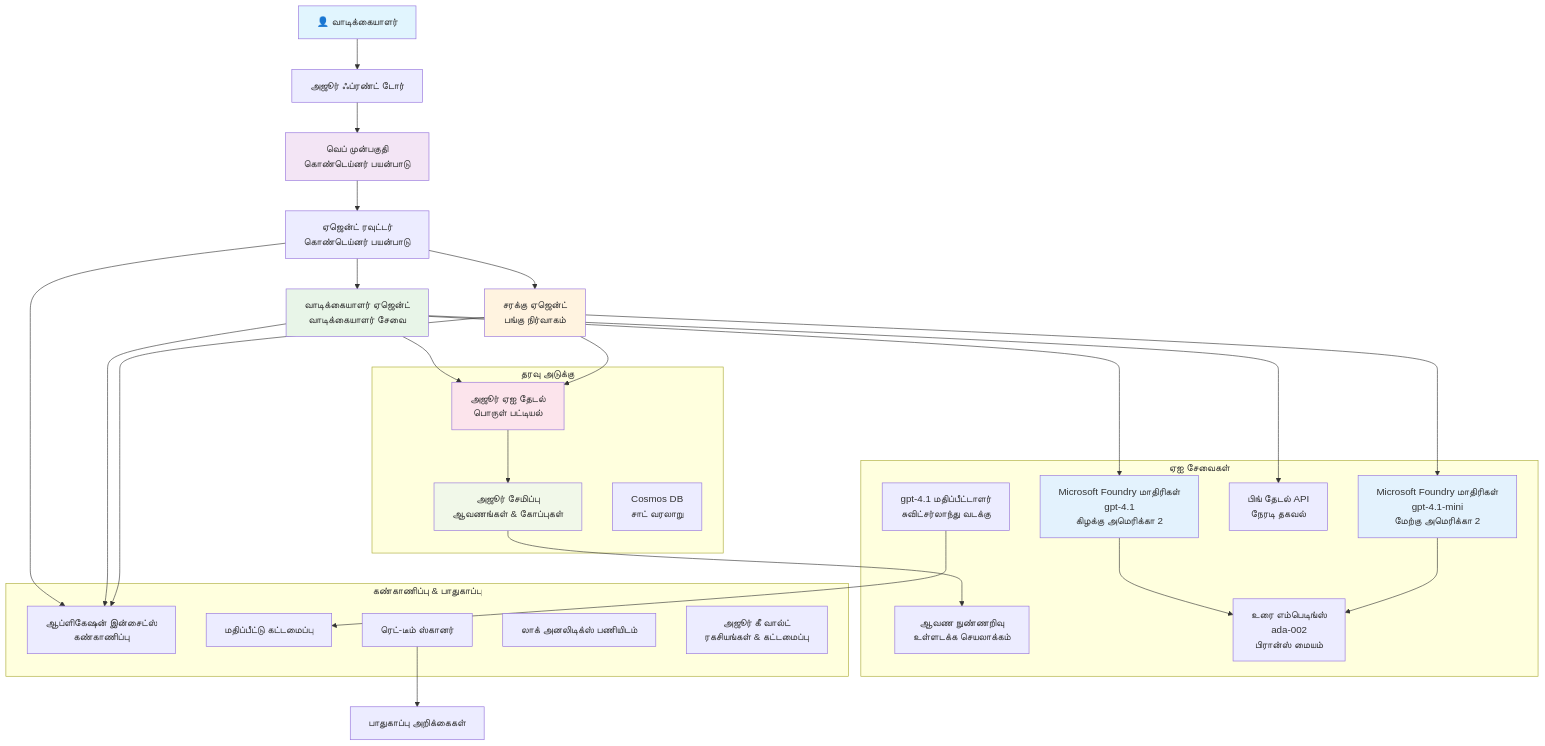
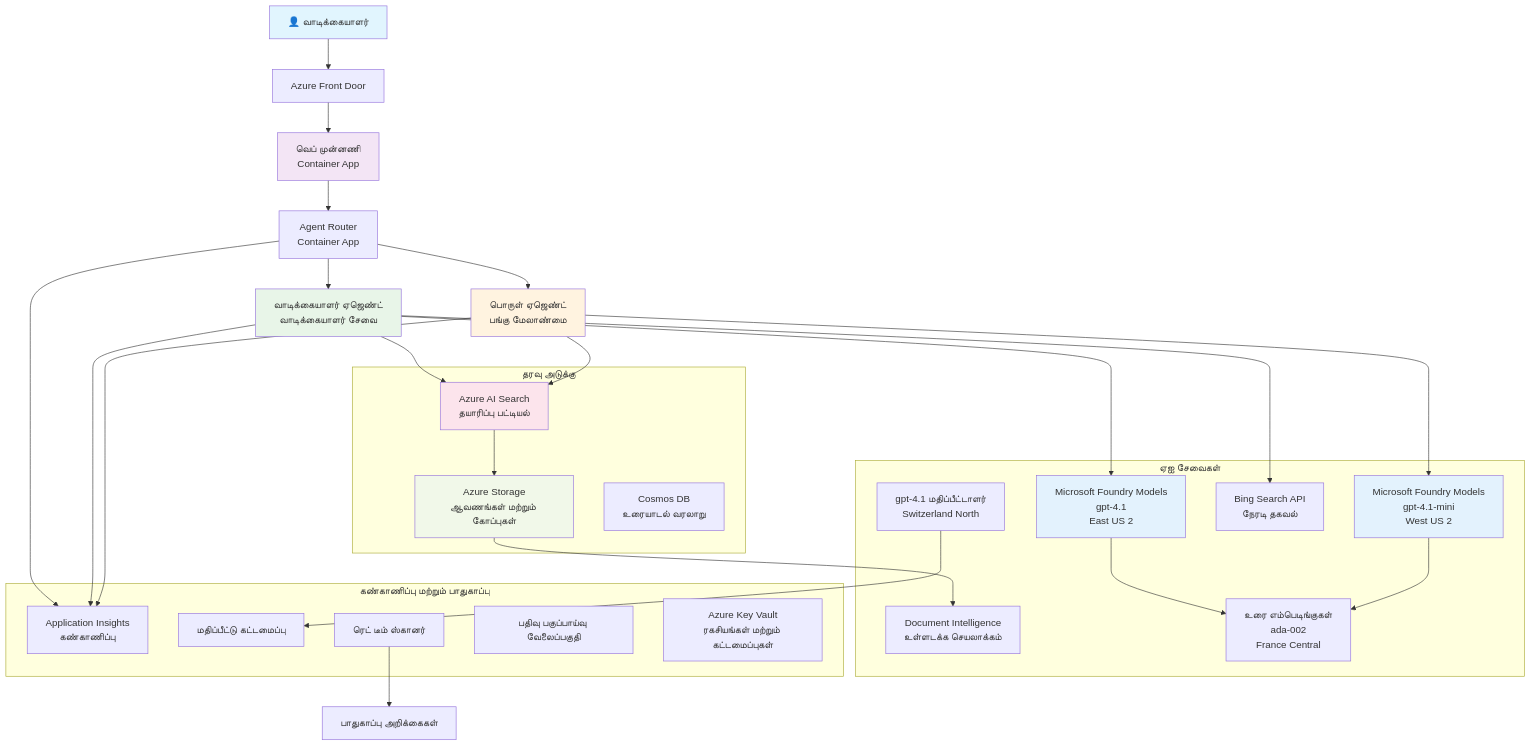
The diagram in translations/ta/examples/retail-scenario.md (microsoft/AZD-for-beginners), drawn with Mermaid before and after one commit. The commit also changed other lines of this file and 104 other files, not shown here.

````diff
--- a/translations/ta/examples/retail-scenario.md
+++ b/translations/ta/examples/retail-scenario.md
@@ -139,61 +139,61 @@
 ```mermaid
 graph TB
-    User[👤 வாடிக்கையாளர்] --> LB[அஜூர் ஃப்ரண்ட் டோர்]
-    LB --> WebApp[வெப் முன்பகுதி<br/>கொண்டெய்னர் பயன்பாடு]
+    User[👤 வாடிக்கையாளர்] --> LB[Azure Front Door]
+    LB --> WebApp[வெப் முன்னணி<br/>Container App]
     
-    WebApp --> Router[ஏஜென்ட் ரவுட்டர்<br/>கொண்டெய்னர் பயன்பாடு]
-    Router --> CustomerAgent[வாடிக்கையாளர் ஏஜென்ட்<br/>வாடிக்கையாளர் சேவை]
-    Router --> InvAgent[சரக்கு ஏஜென்ட்<br/>பங்கு நிர்வாகம்]
+    WebApp --> Router[Agent Router<br/>Container App]
+    Router --> CustomerAgent[வாடிக்கையாளர் ஏஜெண்ட்<br/>வாடிக்கையாளர் சேவை]
+    Router --> InvAgent[பொருள் ஏஜெண்ட்<br/>பங்கு மேலாண்மை]
     
-    CustomerAgent --> OpenAI1[Microsoft Foundry மாதிரிகள்<br/>gpt-4.1<br/>கிழக்கு அமெரிக்கா 2]
-    InvAgent --> OpenAI2[Microsoft Foundry மாதிரிகள்<br/>gpt-4.1-mini<br/>மேற்கு அமெரிக்கா 2]
+    CustomerAgent --> OpenAI1[Microsoft Foundry Models<br/>gpt-4.1<br/>East US 2]
+    InvAgent --> OpenAI2[Microsoft Foundry Models<br/>gpt-4.1-mini<br/>West US 2]
     
-    CustomerAgent --> AISearch[அஜூர் ஏஐ தேடல்<br/>பொருள் பட்டியல்]
-    CustomerAgent --> BingSearch[பிங் தேடல் API<br/>நேரடி தகவல்]
+    CustomerAgent --> AISearch[Azure AI Search<br/>தயாரிப்பு பட்டியல்]
+    CustomerAgent --> BingSearch[Bing Search API<br/>நேரடி தகவல்]
     InvAgent --> AISearch
     
-    AISearch --> Storage[அஜூர் சேமிப்பு<br/>ஆவணங்கள் & கோப்புகள்]
-    Storage --> DocIntel[ஆவண நுண்ணறிவு<br/>உள்ளடக்க செயலாக்கம்]
+    AISearch --> Storage[Azure Storage<br/>ஆவணங்கள் மற்றும் கோப்புகள்]
+    Storage --> DocIntel[Document Intelligence<br/>உள்ளடக்க செயலாக்கம்]
     
-    OpenAI1 --> Embeddings[உரை எம்பெடிங்ஸ்<br/>ada-002<br/>பிரான்ஸ் மையம்]
+    OpenAI1 --> Embeddings[உரை எம்பெடிங்குகள்<br/>ada-002<br/>France Central]
     OpenAI2 --> Embeddings
     
-    Router --> AppInsights[ஆப்ளிகேஷன் இன்சைட்ஸ்<br/>கண்காணிப்பு]
+    Router --> AppInsights[Application Insights<br/>கண்காணிப்பு]
     CustomerAgent --> AppInsights
     InvAgent --> AppInsights
     
-    GraderModel[gpt-4.1 மதிப்பீட்டாளர்<br/>சுவிட்சர்லாந்து வடக்கு] --> Evaluation[மதிப்பீட்டு கட்டமைப்பு]
-    RedTeam[ரெட்-டீம் ஸ்கானர்] --> SecurityReports[பாதுகாப்பு அறிக்கைகள்]
+    GraderModel[gpt-4.1 மதிப்பீட்டாளர்<br/>Switzerland North] --> Evaluation[மதிப்பீட்டு கட்டமைப்பு]
+    RedTeam[ரெட் டீம் ஸ்கானர்] --> SecurityReports[பாதுகாப்பு அறிக்கைகள்]
     
     subgraph "தரவு அடுக்கு"
         Storage
         AISearch
-        CosmosDB[Cosmos DB<br/>சாட் வரலாறு]
+        CosmosDB[Cosmos DB<br/>உரையாடல் வரலாறு]
     end
     
     subgraph "ஏஐ சேவைகள்"
         OpenAI1
         OpenAI2
         Embeddings
         GraderModel
         DocIntel
         BingSearch
     end
     
-    subgraph "கண்காணிப்பு & பாதுகாப்பு"
+    subgraph "கண்காணிப்பு மற்றும் பாதுகாப்பு"
         AppInsights
-        LogAnalytics[லாக் அனலிடிக்ஸ் பணியிடம்]
-        KeyVault[அஜூர் கீ வால்ட்<br/>ரகசியங்கள் & கட்டமைப்பு]
+        LogAnalytics[பதிவு பகுப்பாய்வு வேலைப்பகுதி]
+        KeyVault[Azure Key Vault<br/>ரகசியங்கள் மற்றும் கட்டமைப்புகள்]
         RedTeam
         Evaluation
     end
     
     style User fill:#e1f5fe
     style WebApp fill:#f3e5f5
     style CustomerAgent fill:#e8f5e8
     style InvAgent fill:#fff3e0
     style OpenAI1 fill:#e3f2fd
     style OpenAI2 fill:#e3f2fd
     style AISearch fill:#fce4ec
     style Storage fill:#f1f8e9
 ```
````
